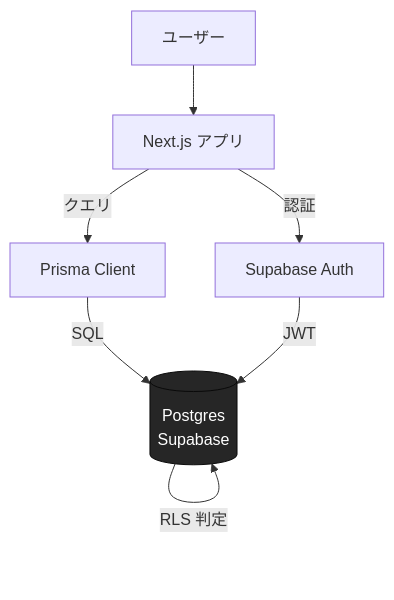
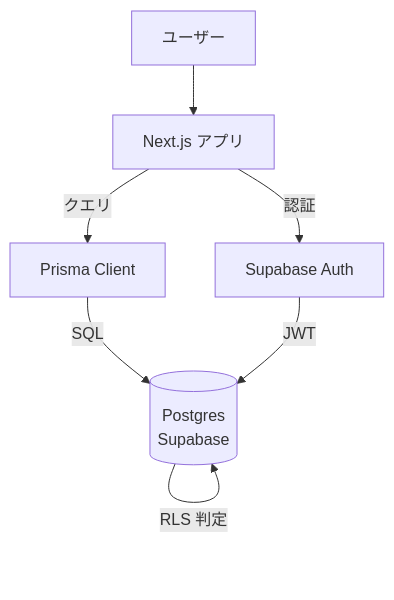
The first of 2 diagrams in docs/case-studies/nextjs-supabase-prisma-併用時の認証と-rls-の扱い方.md (dinekt/dinekt-wiki), drawn with Mermaid before and after one commit. The commit also changed other lines of this file and 70 other files, not shown here.

First line of the commit message:
fix(mermaid): strip all inline styling, rely on theme

````diff
--- a/docs/case-studies/nextjs-supabase-prisma-併用時の認証と-rls-の扱い方.md
+++ b/docs/case-studies/nextjs-supabase-prisma-併用時の認証と-rls-の扱い方.md
@@ -25,11 +25,10 @@
 ```mermaid
 flowchart TD
     U[ユーザー] --> N[Next.js アプリ]
     N -->|認証| SA[Supabase Auth]
     N -->|クエリ| P[Prisma Client]
     P -->|SQL| DB[(Postgres<br/>Supabase)]
     SA -->|JWT| DB
     DB -->|RLS 判定| DB
 
-    style DB fill:#262626,color:#fff,stroke:#0a0a0a
 ```
````
